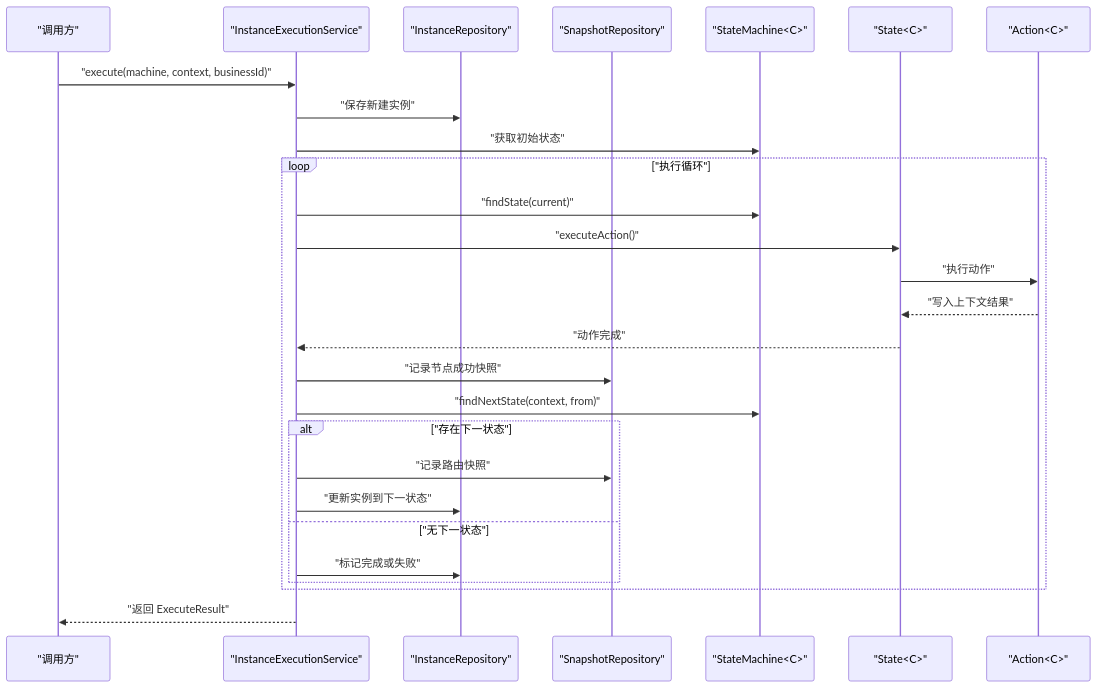
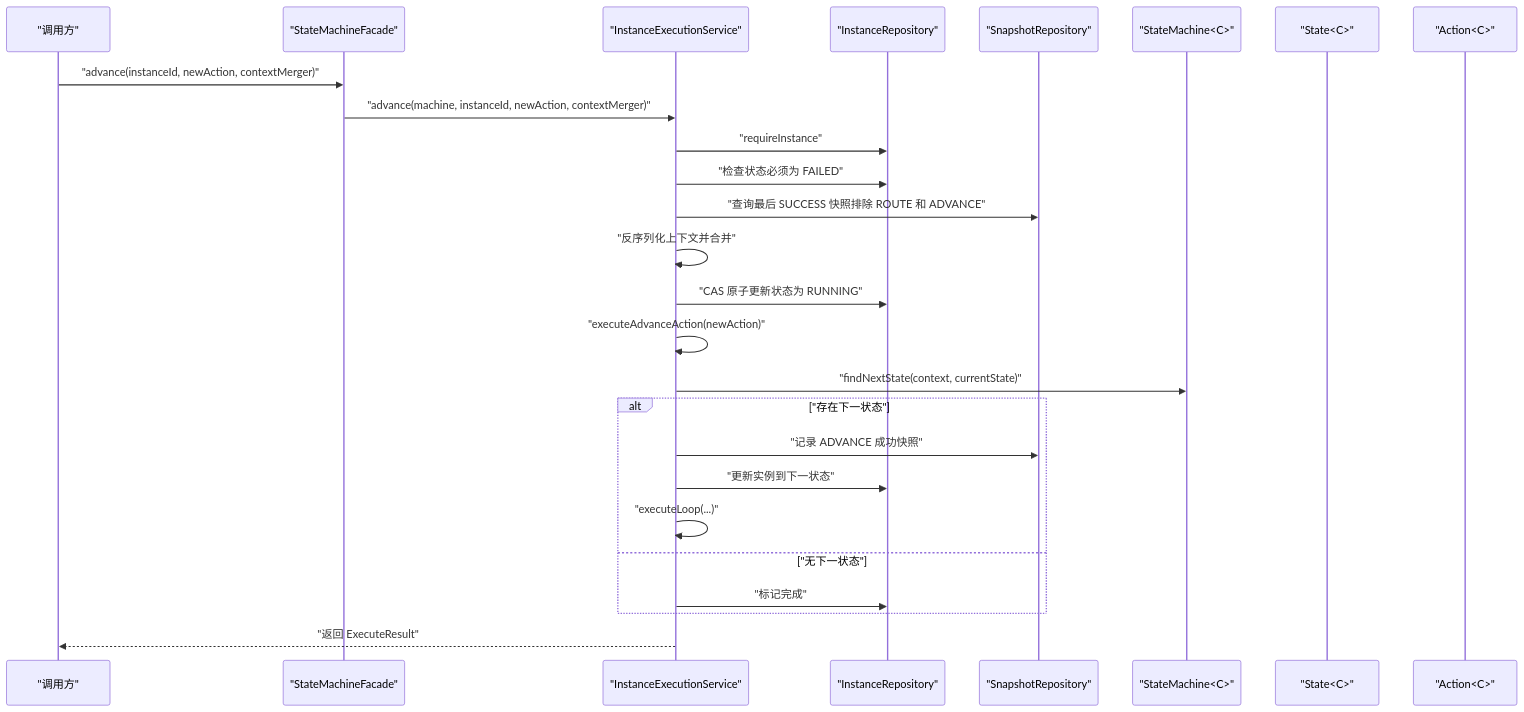
Before and after one commit to xiaoche80s-tech/state-machine-parent: the second of 9 diagrams in .qoder/repowiki/zh/content/执行引擎/实例执行服务.md, drawn with Mermaid. The commit also changed other lines of this file and 7 other files, not shown here.

````diff
--- a/.qoder/repowiki/zh/content/执行引擎/实例执行服务.md
+++ b/.qoder/repowiki/zh/content/执行引擎/实例执行服务.md
@@ -130,29 +117,28 @@
 ```mermaid
 sequenceDiagram
 participant Caller as "调用方"
+participant Facade as "StateMachineFacade"
 participant Svc as "InstanceExecutionService"
 participant RepoInst as "InstanceRepository"
 participant RepoSnap as "SnapshotRepository"
 participant Engine as "StateMachine<C>"
 participant State as "State<C>"
 participant Act as "Action<C>"
-Caller->>Svc : "execute(machine, context, businessId)"
-Svc->>RepoInst : "保存新建实例"
-Svc->>Engine : "获取初始状态"
-loop "执行循环"
-Svc->>Engine : "findState(current)"
-Svc->>State : "executeAction()"
-State->>Act : "执行动作"
-Act-->>State : "写入上下文结果"
-State-->>Svc : "动作完成"
-Svc->>RepoSnap : "记录节点成功快照"
-Svc->>Engine : "findNextState(context, from)"
+Caller->>Facade : "advance(instanceId, newAction, contextMerger)"
+Facade->>Svc : "advance(machine, instanceId, newAction, contextMerger)"
+Svc->>RepoInst : "requireInstance"
+Svc->>RepoInst : "检查状态必须为 FAILED"
+Svc->>RepoSnap : "查询最后 SUCCESS 快照排除 ROUTE 和 ADVANCE"
+Svc->>Svc : "反序列化上下文并合并"
+Svc->>RepoInst : "CAS 原子更新状态为 RUNNING"
+Svc->>Svc : "executeAdvanceAction(newAction)"
+Svc->>Engine : "findNextState(context, currentState)"
 alt "存在下一状态"
-Svc->>RepoSnap : "记录路由快照"
+Svc->>RepoSnap : "记录 ADVANCE 成功快照"
 Svc->>RepoInst : "更新实例到下一状态"
+Svc->>Svc : "executeLoop(...)"
 else "无下一状态"
-Svc->>RepoInst : "标记完成或失败"
-end
+Svc->>RepoInst : "标记完成"
 end
 Svc-->>Caller : "返回 ExecuteResult"
 ```
````
